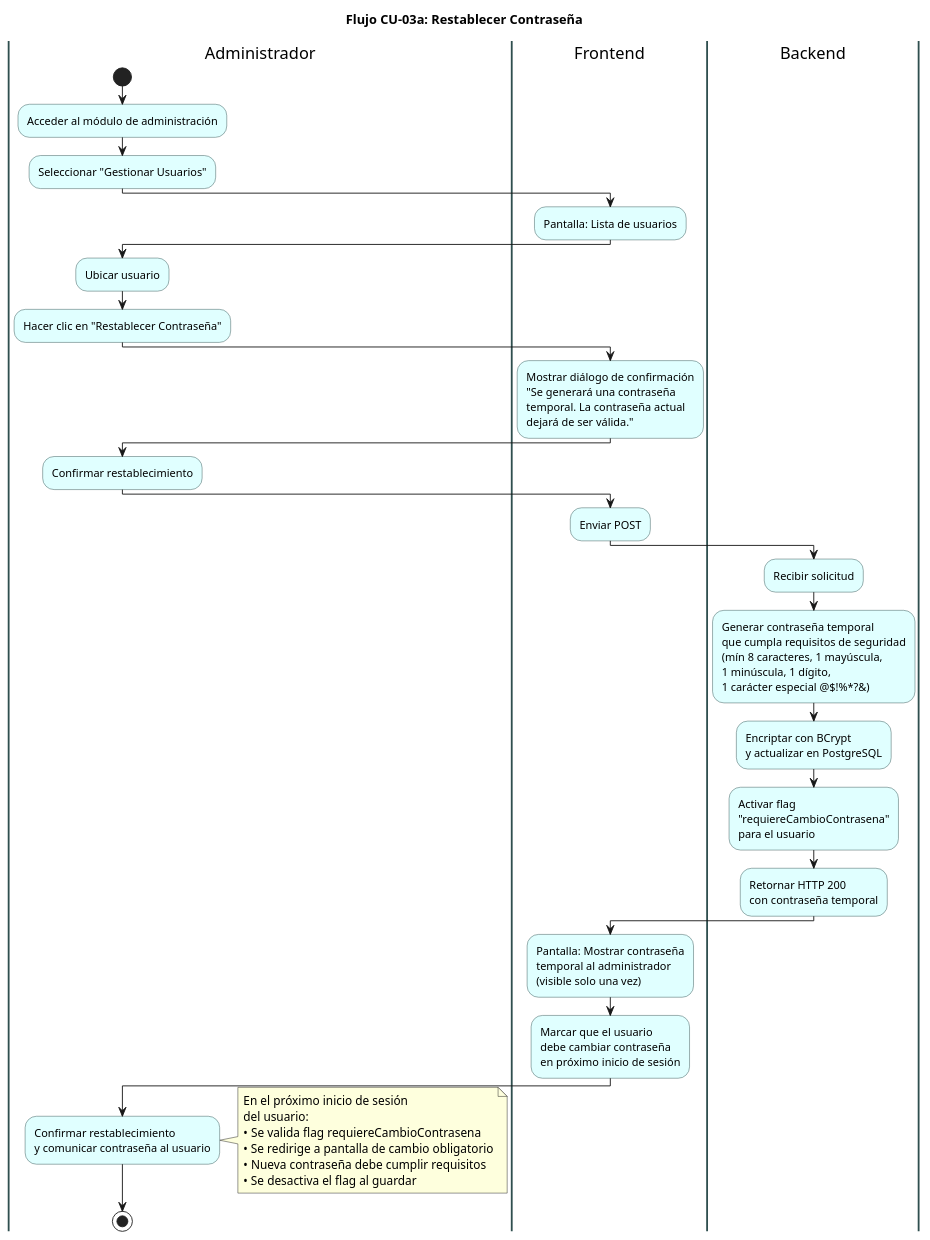
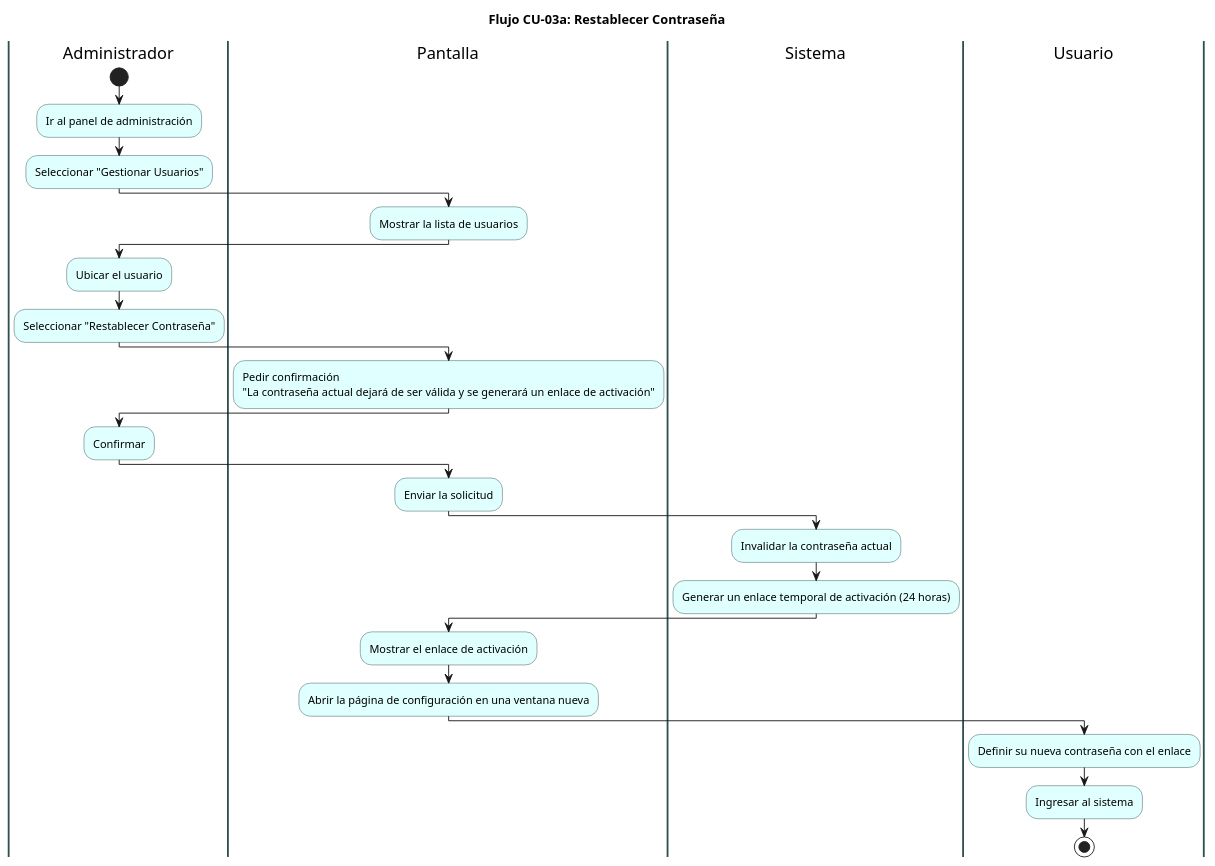
The diagram in docs/diagramas/flujo/06_flujo_restablecer_password.puml (ElianMMCode/ZoneControl-Backend), drawn with PlantUML before and after one commit. The commit also changed 21 other files, not shown here.

First line of the commit message:
docs(flujo): reescribir los 22 diagramas de flujo en lenguaje sencillo

```diff
--- a/docs/diagramas/flujo/06_flujo_restablecer_password.puml
+++ b/docs/diagramas/flujo/06_flujo_restablecer_password.puml
@@ -1,65 +1,52 @@
 @startuml
 title Flujo CU-03a: Restablecer Contraseña
 skinparam activity {
   BackgroundColor LightCyan
   BorderColor DarkSlateGray
 }
 skinparam swimlane {
   BorderColor DarkSlateGray
   BorderThickness 2
 }
 
 |Administrador|
 start
-:Acceder al módulo de administración;
+:Ir al panel de administración;
 
 :Seleccionar "Gestionar Usuarios";
 
-|Frontend|
-:Pantalla: Lista de usuarios;
+|Pantalla|
+:Mostrar la lista de usuarios;
 
 |Administrador|
-:Ubicar usuario;
+:Ubicar el usuario;
 
-:Hacer clic en "Restablecer Contraseña";
+:Seleccionar "Restablecer Contraseña";
 
-|Frontend|
-:Mostrar diálogo de confirmación\n"Se generará una contraseña\ntemporal. La contraseña actual\ndejará de ser válida.";
+|Pantalla|
+:Pedir confirmación\n"La contraseña actual dejará de ser válida y se generará un enlace de activación";
 
 |Administrador|
-:Confirmar restablecimiento;
+:Confirmar;
 
-|Frontend|
-:Enviar POST;
+|Pantalla|
+:Enviar la solicitud;
 
-|Backend|
-:Recibir solicitud;
+|Sistema|
+:Invalidar la contraseña actual;
 
-:Generar contraseña temporal\nque cumpla requisitos de seguridad\n(mín 8 caracteres, 1 mayúscula,\n1 minúscula, 1 dígito,\n1 carácter especial @$!%*?&);
+:Generar un enlace temporal de activación (24 horas);
 
-:Encriptar con BCrypt\ny actualizar en PostgreSQL;
+|Pantalla|
+:Mostrar el enlace de activación;
 
-:Activar flag\n"requiereCambioContrasena"\npara el usuario;
+:Abrir la página de configuración en una ventana nueva;
 
-:Retornar HTTP 200\ncon contraseña temporal;
+|Usuario|
+:Definir su nueva contraseña con el enlace;
 
-|Frontend|
-:Pantalla: Mostrar contraseña\ntemporal al administrador\n(visible solo una vez);
-
-:Marcar que el usuario\ndebe cambiar contraseña\nen próximo inicio de sesión;
-
-|Administrador|
-:Confirmar restablecimiento\ny comunicar contraseña al usuario;
-
-note right
-  En el próximo inicio de sesión
-  del usuario:
-  • Se valida flag requiereCambioContrasena
-  • Se redirige a pantalla de cambio obligatorio
-  • Nueva contraseña debe cumplir requisitos
-  • Se desactiva el flag al guardar
-end note
+:Ingresar al sistema;
 
 stop
 
 @enduml
```
